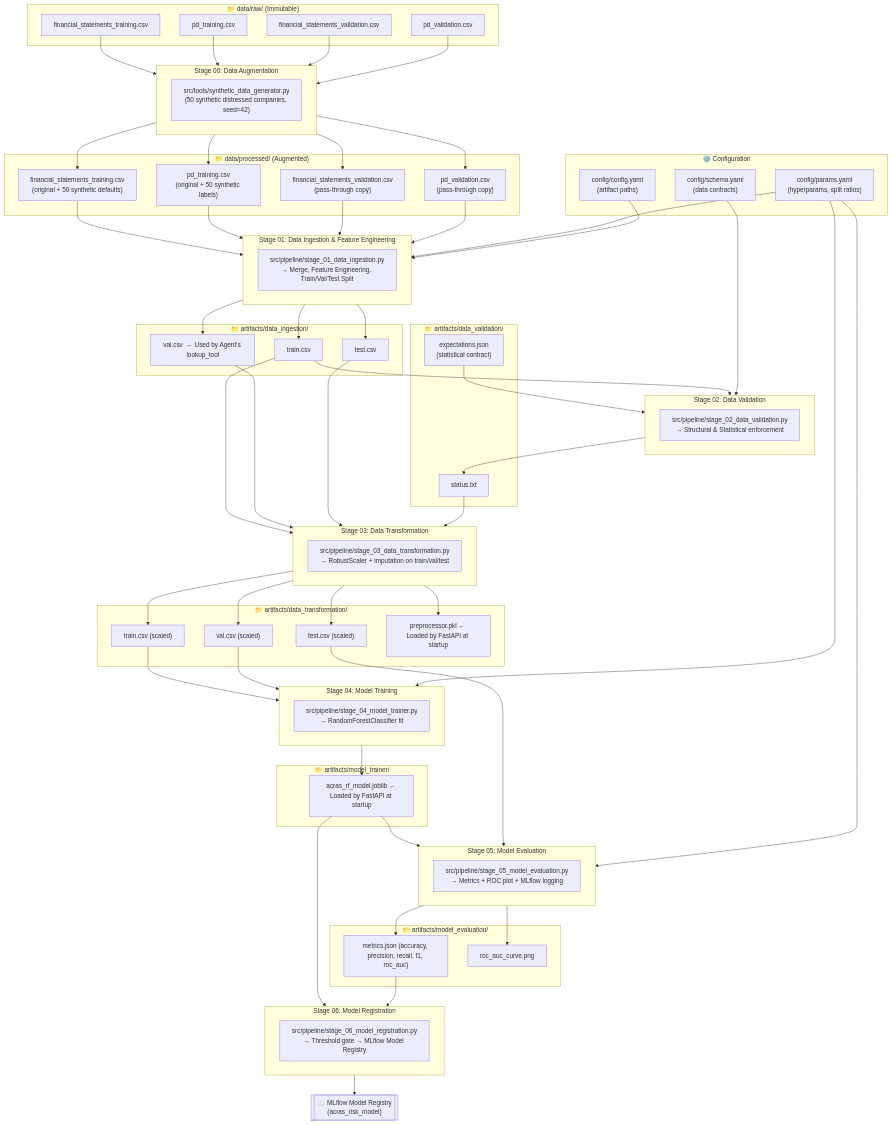
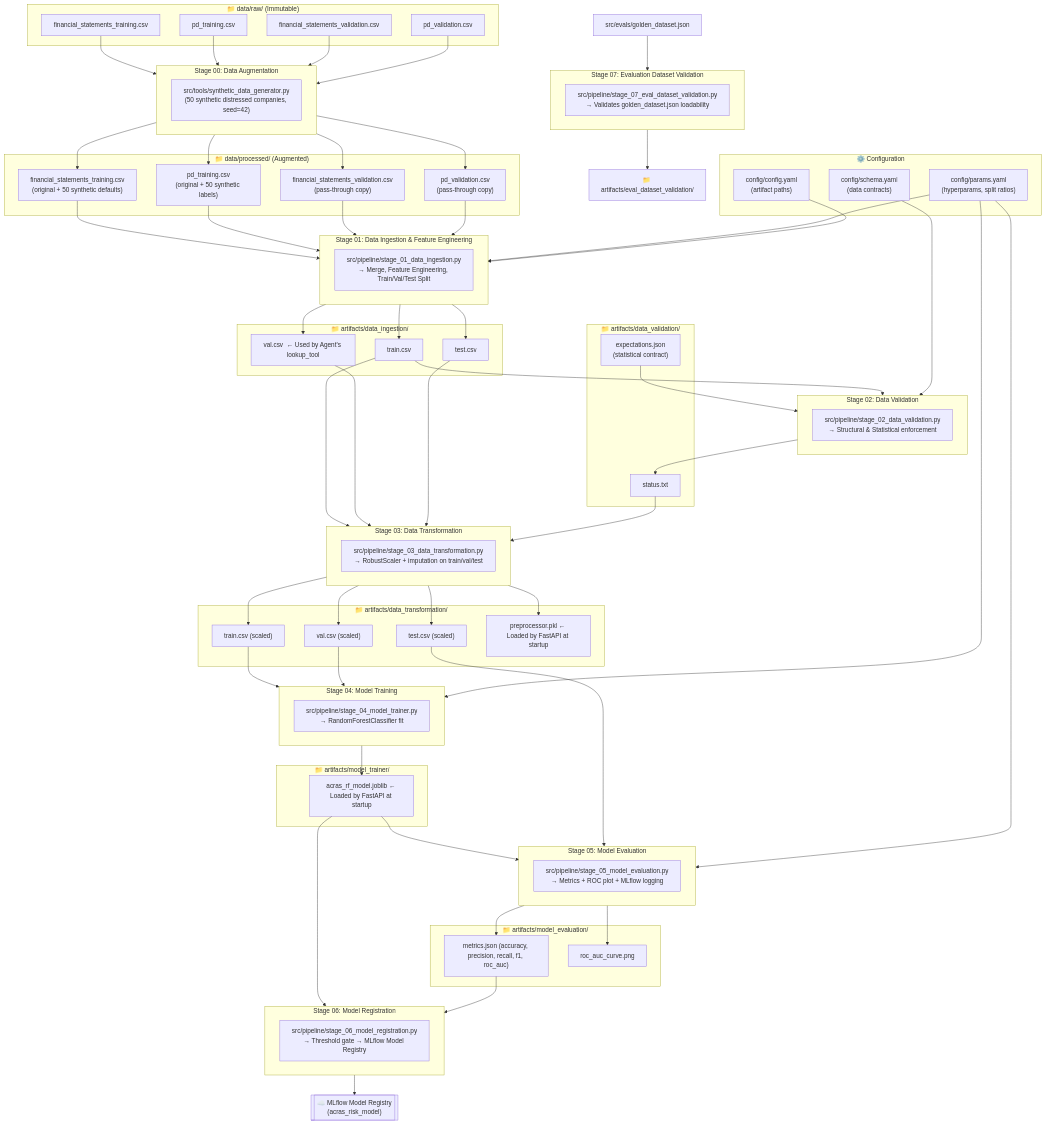
One commit to SebastianGarrido2790/hybrid-agentic-ml-for-risk-assessment changed the diagram in reports/docs/architecture/dvc_pipeline_architecture.md. Above: the diagram before and after it, drawn with Mermaid. The commit also changed other lines of this file and 25 other files, not shown here.

````diff
--- a/reports/docs/architecture/dvc_pipeline_architecture.md
+++ b/reports/docs/architecture/dvc_pipeline_architecture.md
@@ -104,6 +104,13 @@
     subgraph S06["Stage 06: Model Registration"]
         REG["src/pipeline/stage_06_model_registration.py\n→ Threshold gate → MLflow Model Registry"]
     end
+    
+    subgraph S07["Stage 07: Evaluation Dataset Validation"]
+        EVALVAL["src/pipeline/stage_07_eval_dataset_validation.py\n→ Validates golden_dataset.json loadability"]
+    end
+
+    ART_EVALVAL["📁 artifacts/eval_dataset_validation/"]
+    GOLDEN["src/evals/golden_dataset.json"]
 
     MFREG[["☁️ MLflow Model Registry\n(acras_risk_model)"]]
 
@@ -132,4 +139,7 @@
 
     MDL & MET --> S06
     S06 --> MFREG
+
+    GOLDEN --> S07
+    S07 --> ART_EVALVAL
 ```
````
